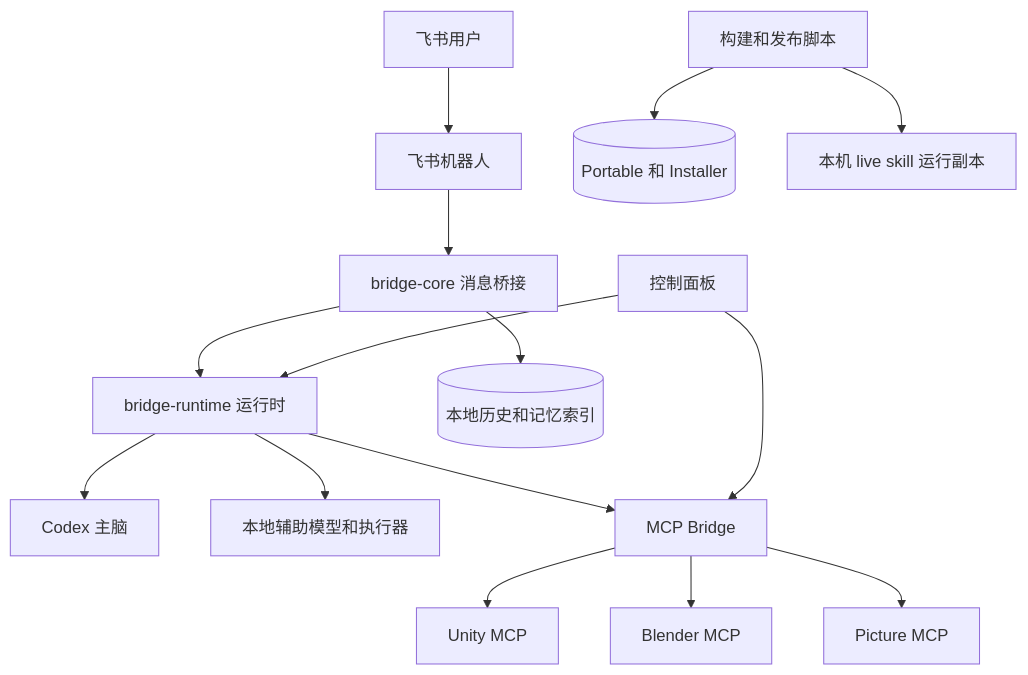
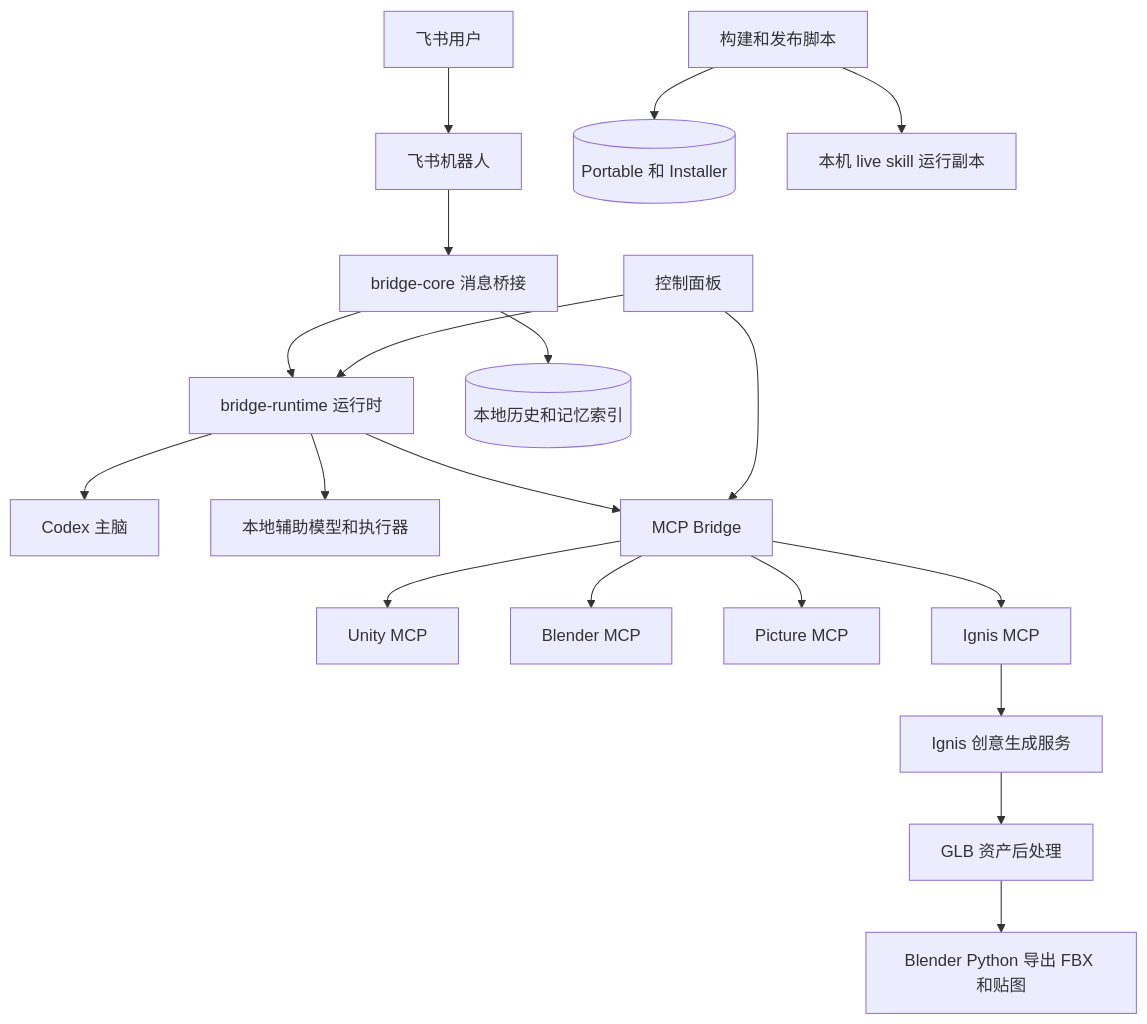
Before and after one commit to dddfuxi/codex-im-suite: the first of 6 diagrams in docs/PROJECT-ARCHITECTURE.md, drawn with Mermaid. The commit also changed other lines of this file and 32 other files, not shown here.

````diff
--- a/docs/PROJECT-ARCHITECTURE.md
+++ b/docs/PROJECT-ARCHITECTURE.md
@@ -27,17 +27,21 @@
 ```mermaid
 flowchart TD
   FeishuUser[飞书用户] --> FeishuBot[飞书机器人]
   FeishuBot --> BridgeCore[bridge-core 消息桥接]
   BridgeCore --> BridgeRuntime[bridge-runtime 运行时]
   BridgeRuntime --> CodexBrain[Codex 主脑]
   BridgeRuntime --> LocalHelper[本地辅助模型和执行器]
   BridgeRuntime --> McpBridge[MCP Bridge]
   McpBridge --> UnityMcp[Unity MCP]
   McpBridge --> BlenderMcp[Blender MCP]
   McpBridge --> PictureMcp[Picture MCP]
+  McpBridge --> IgnisMcp[Ignis MCP]
+  IgnisMcp --> IgnisCloud[Ignis 创意生成服务]
+  IgnisCloud --> AssetPipeline[GLB 资产后处理]
+  AssetPipeline --> BlenderCli[Blender Python 导出 FBX 和贴图]
   BridgeCore --> LocalHistory[(本地历史和记忆索引)]
   ControlPanel[控制面板] --> BridgeRuntime
   ControlPanel --> McpBridge
   Scripts[构建和发布脚本] --> Release[(Portable 和 Installer)]
   Scripts --> LiveSkill[本机 live skill 运行副本]
 ```
````
